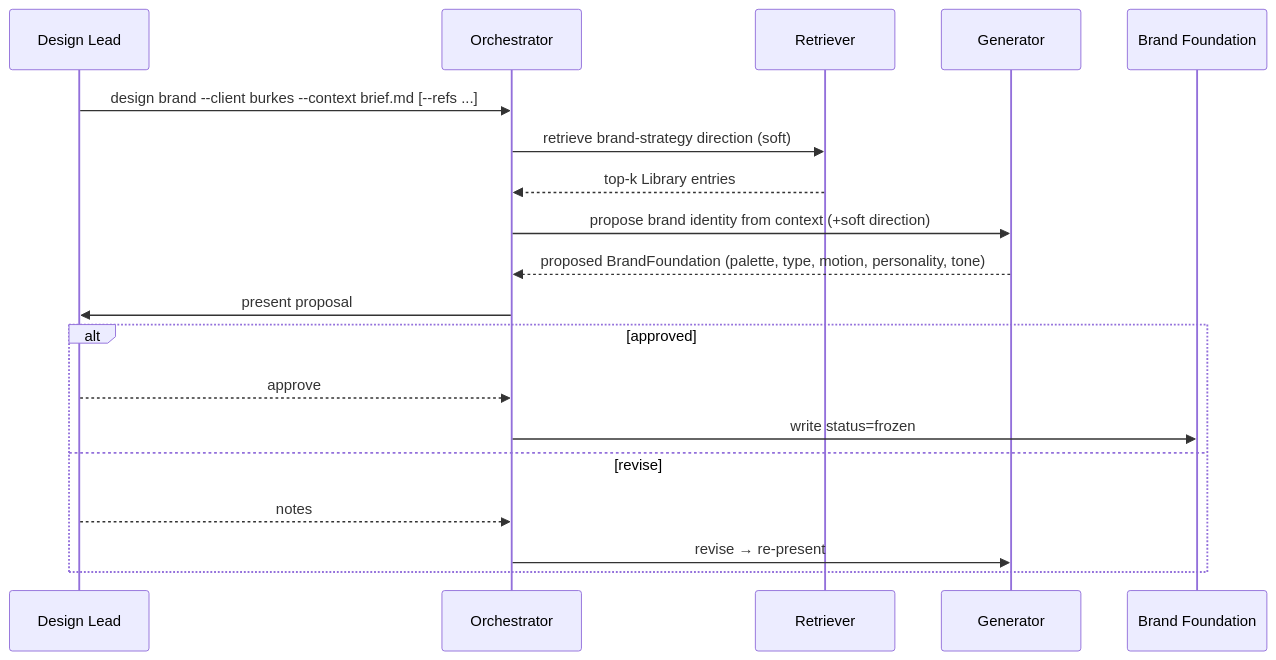
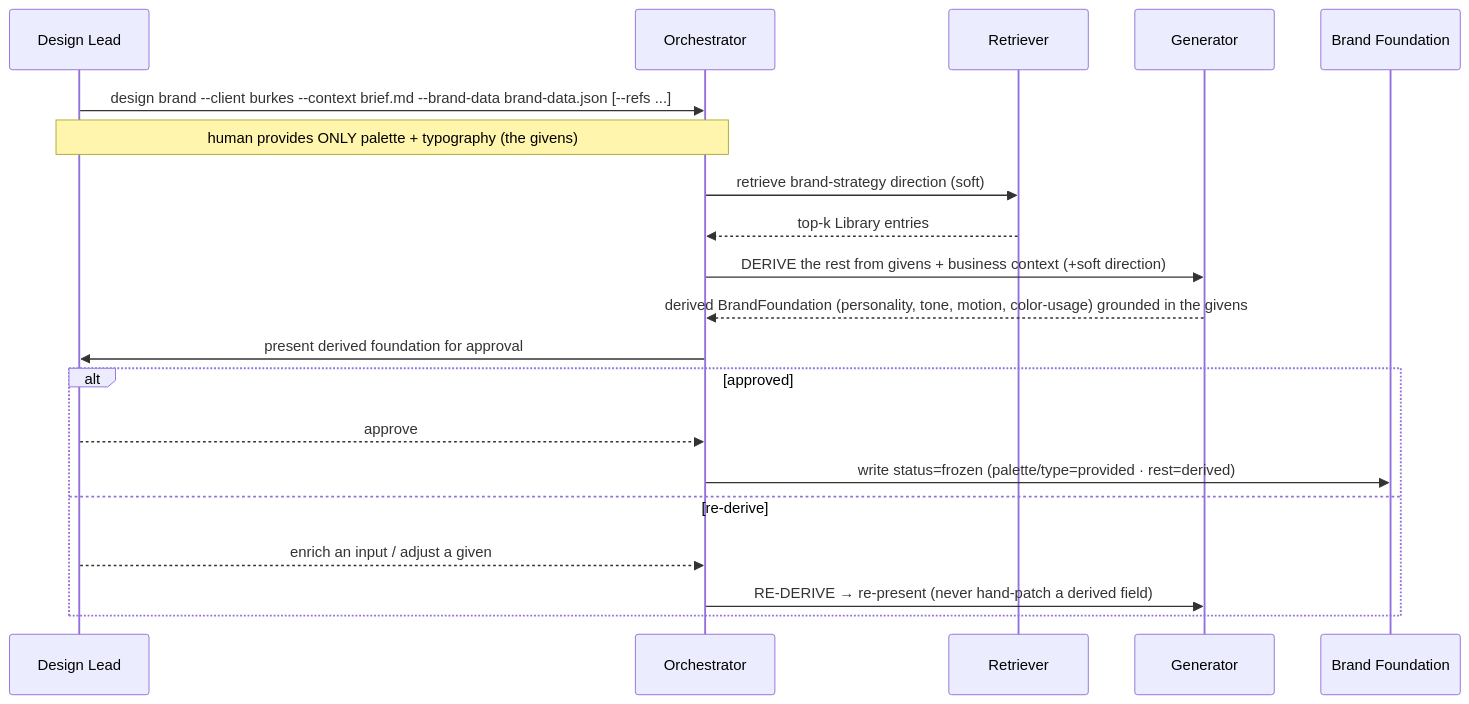
The second of 6 diagrams in autonomous-design-engine/spec/06-workflows.md (dev8xofficial/TroopHunter), drawn with Mermaid before and after one commit. The commit also changed other lines of this file and 82 other files, not shown here.

````diff
--- a/autonomous-design-engine/spec/06-workflows.md
+++ b/autonomous-design-engine/spec/06-workflows.md
@@ -30,22 +30,23 @@
 ```mermaid
 sequenceDiagram
     participant U as Design Lead
     participant O as Orchestrator
     participant R as Retriever
     participant G as Generator
     participant BF as Brand Foundation
 
-    U->>O: design brand --client burkes --context brief.md [--refs ...]
+    U->>O: design brand --client burkes --context brief.md --brand-data brand-data.json [--refs ...]
+    Note over U,O: human provides ONLY palette + typography (the givens)
     O->>R: retrieve brand-strategy direction (soft)
     R-->>O: top-k Library entries
-    O->>G: propose brand identity from context (+soft direction)
-    G-->>O: proposed BrandFoundation (palette, type, motion, personality, tone)
-    O->>U: present proposal
+    O->>G: DERIVE the rest from givens + business context (+soft direction)
+    G-->>O: derived BrandFoundation (personality, tone, motion, color-usage) grounded in the givens
+    O->>U: present derived foundation for approval
     alt approved
         U-->>O: approve
-        O->>BF: write status=frozen
-    else revise
-        U-->>O: notes
-        O->>G: revise → re-present
+        O->>BF: write status=frozen (palette/type=provided · rest=derived)
+    else re-derive
+        U-->>O: enrich an input / adjust a given
+        O->>G: RE-DERIVE → re-present (never hand-patch a derived field)
     end
 ```
````
